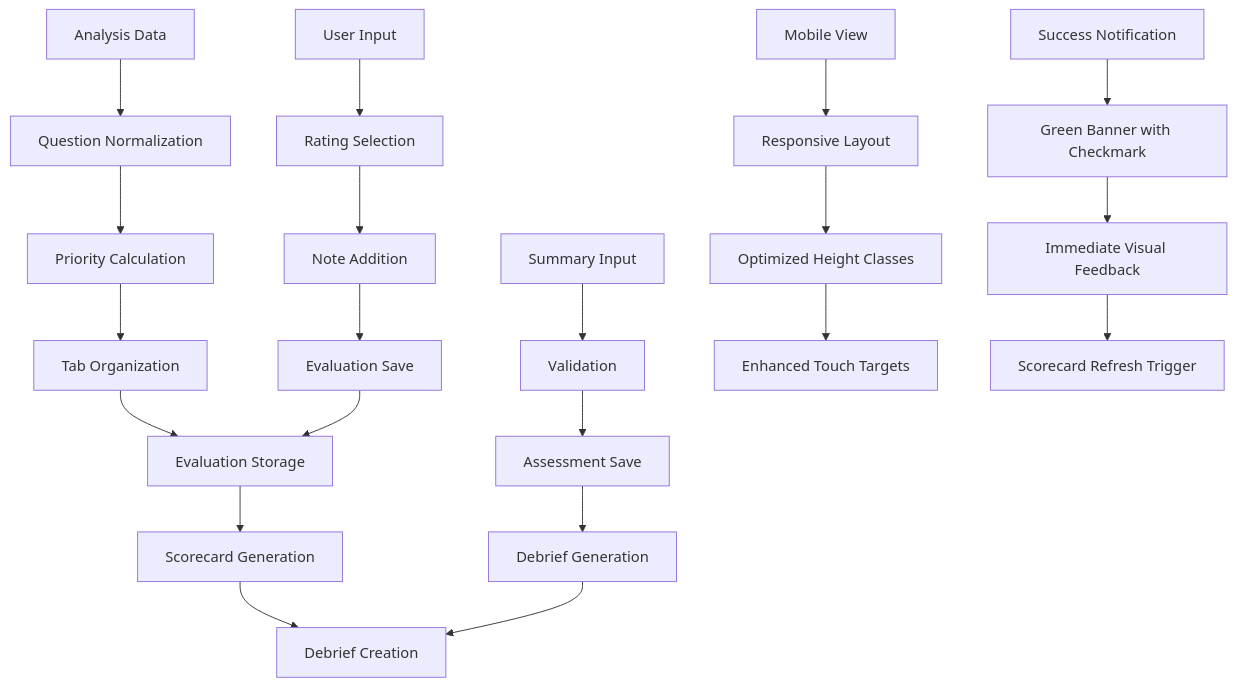
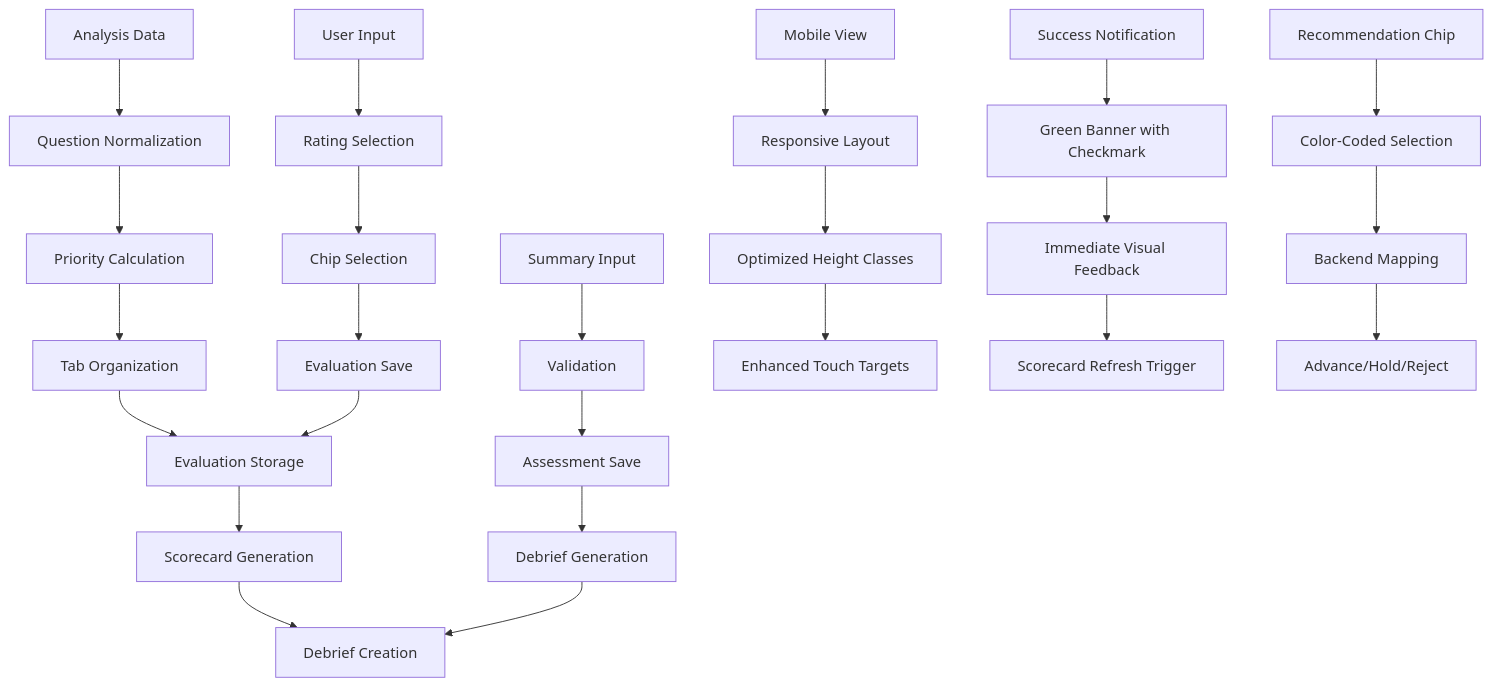
Before and after one commit to Revanththetalogics/aireume: the second of 10 diagrams in .qoder/repowiki/en/content/Frontend Architecture/Component Library/PhoneScreenKit Component.md, drawn with Mermaid. The commit also changed other lines of this file and 4 other files, not shown here.

````diff
--- a/.qoder/repowiki/en/content/Frontend Architecture/Component Library/PhoneScreenKit Component.md
+++ b/.qoder/repowiki/en/content/Frontend Architecture/Component Library/PhoneScreenKit Component.md
@@ -102,23 +107,26 @@
 ```mermaid
 flowchart TD
 A[Analysis Data] --> B[Question Normalization]
 B --> C[Priority Calculation]
 C --> D[Tab Organization]
 D --> E[Evaluation Storage]
 E --> F[Scorecard Generation]
 F --> G[Debrief Creation]
 H[User Input] --> I[Rating Selection]
-I --> J[Note Addition]
+I --> J[Chip Selection]
 J --> K[Evaluation Save]
 K --> E
 L[Summary Input] --> M[Validation]
 M --> N[Assessment Save]
 N --> O[Debrief Generation]
 O --> G
 P[Mobile View] --> Q[Responsive Layout]
 Q --> R[Optimized Height Classes]
 R --> S[Enhanced Touch Targets]
 T[Success Notification] --> U[Green Banner with Checkmark]
 U --> V[Immediate Visual Feedback]
 V --> W[Scorecard Refresh Trigger]
+X[Recommendation Chip] --> Y[Color-Coded Selection]
+Y --> Z[Backend Mapping]
+Z --> AA[Advance/Hold/Reject]
 ```
````
